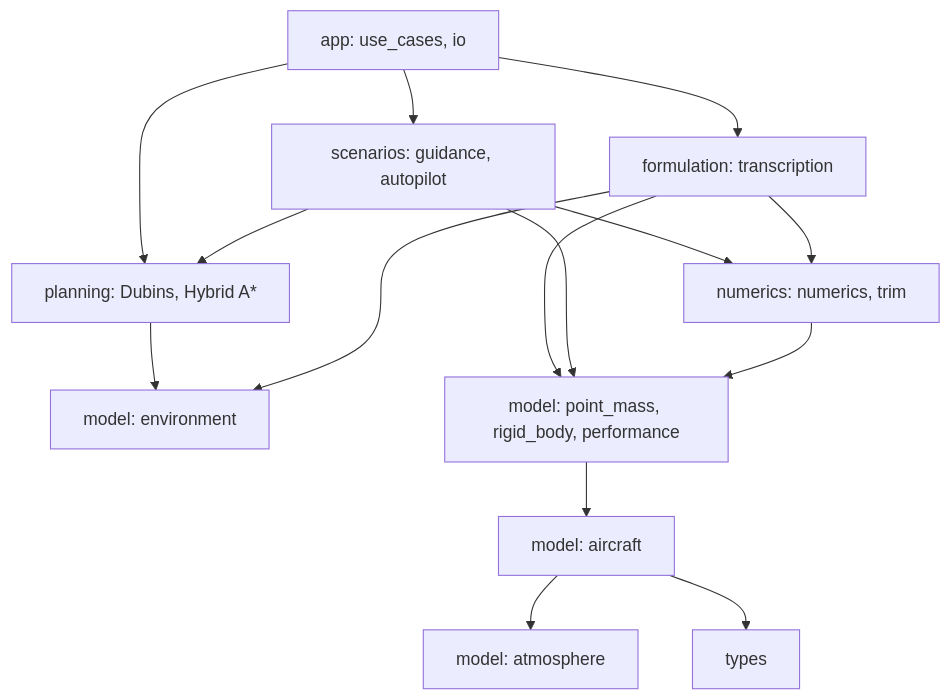
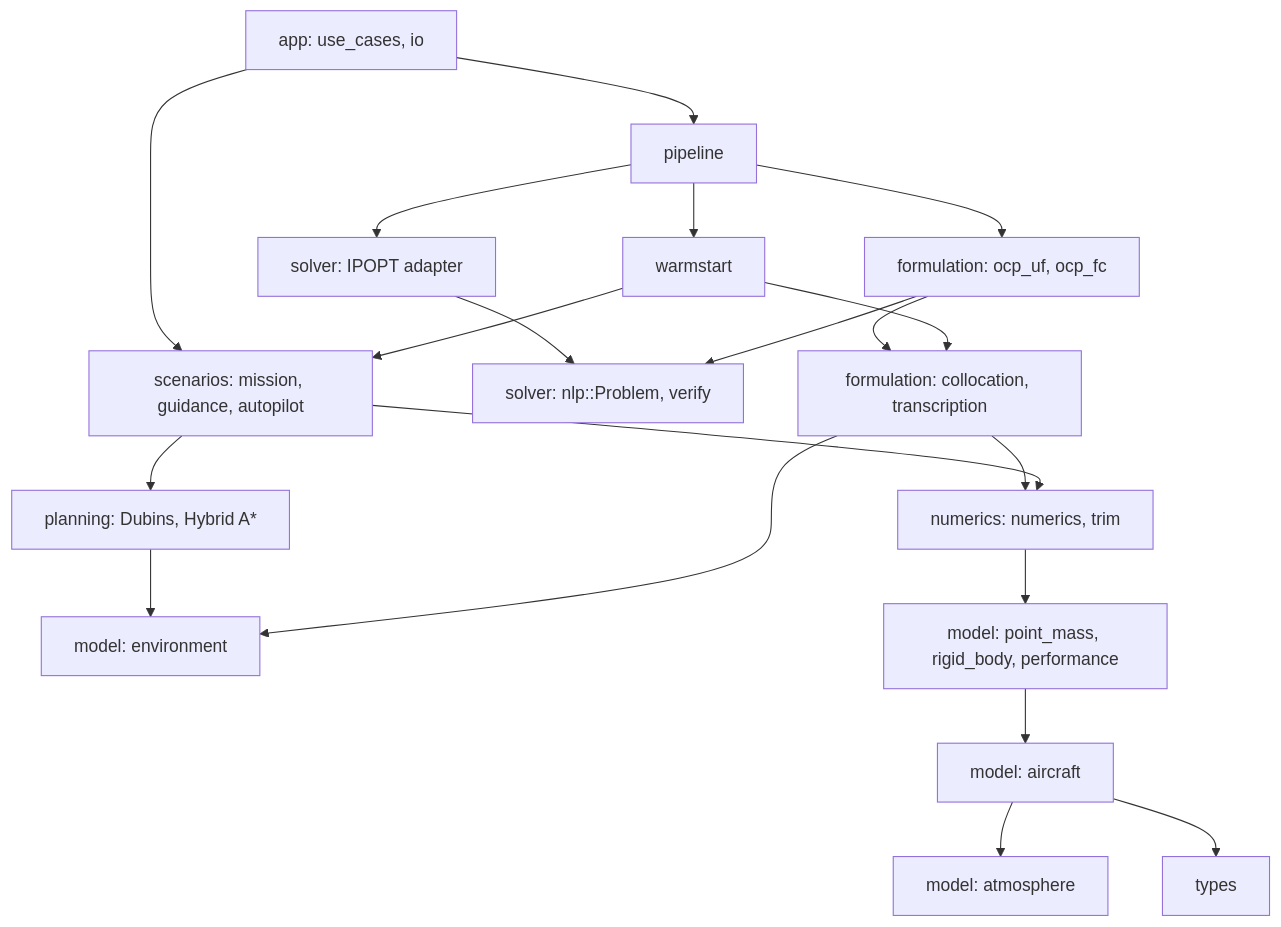
Before and after one commit to pablourioste/uavtraj-opt: the diagram in docs/code/architecture.md, drawn with Mermaid. The commit also changed other lines of this file and 16 other files, not shown here.

````diff
--- a/docs/code/architecture.md
+++ b/docs/code/architecture.md
@@ -7,17 +7,22 @@
 ```mermaid
 flowchart TD
-    APP[app: use_cases, io] --> SCN[scenarios: guidance, autopilot]
-    APP --> PLN[planning: Dubins, Hybrid A*]
-    SCN --> PLN
+    APP[app: use_cases, io] --> PIPE[pipeline]
+    APP --> SCN
+    PIPE --> WS[warmstart]
+    PIPE --> OCP[formulation: ocp_uf, ocp_fc]
+    PIPE --> SOL[solver: IPOPT adapter]
+    SOL --> NLP[solver: nlp::Problem, verify]
+    OCP --> NLP
+    OCP --> COL[formulation: collocation, transcription]
+    WS --> SCN[scenarios: mission, guidance, autopilot]
+    WS --> COL
+    SCN --> PLN[planning: Dubins, Hybrid A*]
     PLN --> ENV[model: environment]
-    FORM --> ENV
-    APP --> FORM[formulation: transcription]
+    COL --> ENV
+    COL --> NUM[numerics: numerics, trim]
     SCN --> NUM
-    FORM --> NUM[numerics: numerics, trim]
-    FORM --> MOD
-    SCN --> MOD
     NUM --> MOD[model: point_mass, rigid_body, performance]
     MOD --> AC[model: aircraft]
     AC --> ATM[model: atmosphere]
     AC --> T[types]
 ```
````
